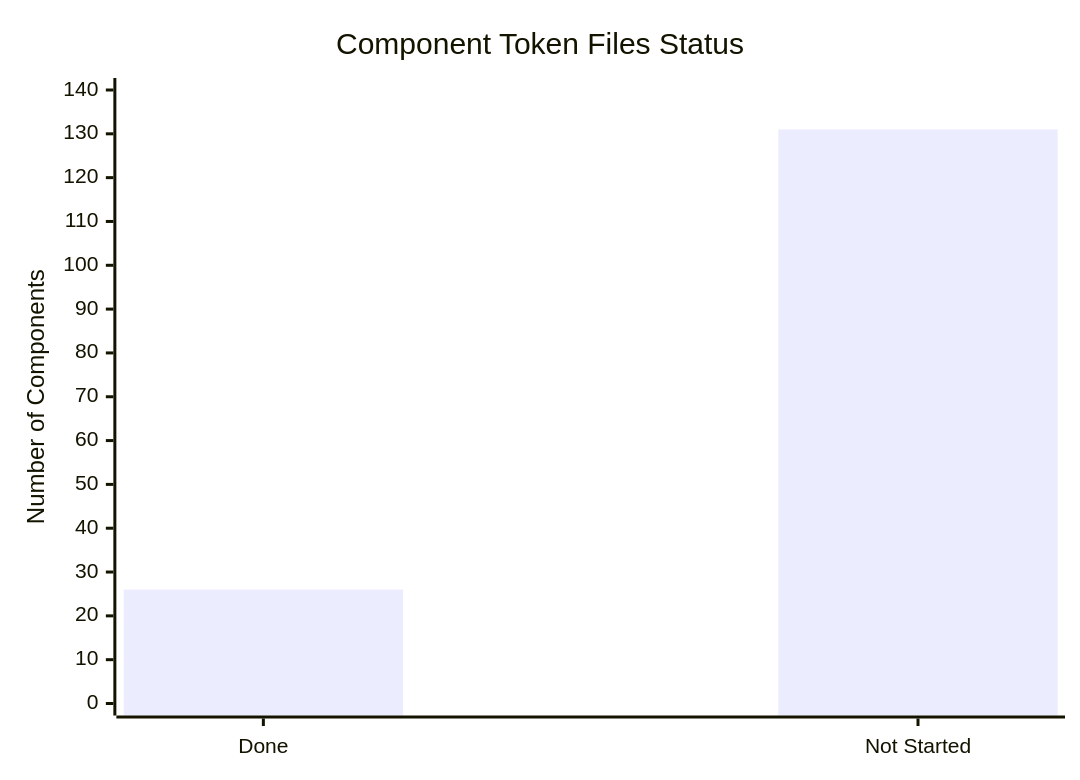
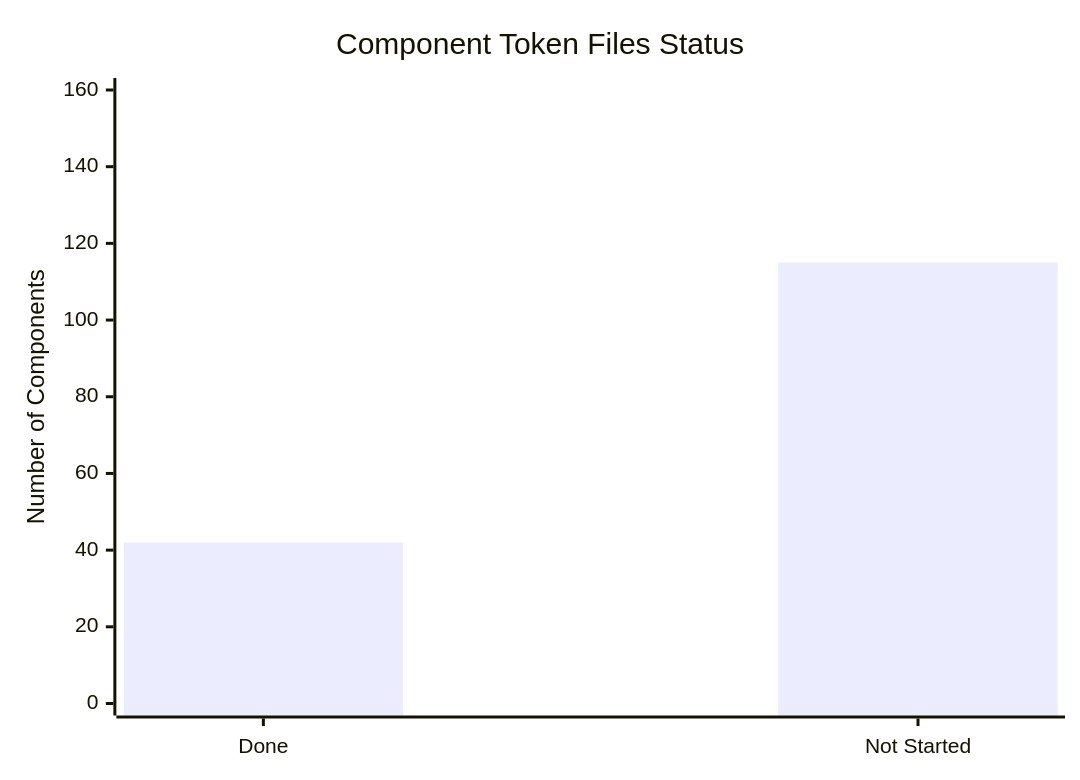
Before and after one commit to thisisashwinks/HighRise-Tokens: the second of 3 diagrams in PROJECT_STATUS_TRACKER.md, drawn with Mermaid. The commit also changed other lines of this file and 5 other files, not shown here.

````diff
--- a/PROJECT_STATUS_TRACKER.md
+++ b/PROJECT_STATUS_TRACKER.md
@@ -334,7 +363,7 @@
 ```mermaid
 xychart-beta
     title "Component Token Files Status"
     x-axis ["Done", "Not Started"]
-    y-axis "Number of Components" 0 --> 140
-    bar [26, 131]
+    y-axis "Number of Components" 0 --> 160
+    bar [42, 115]
 ```
````
